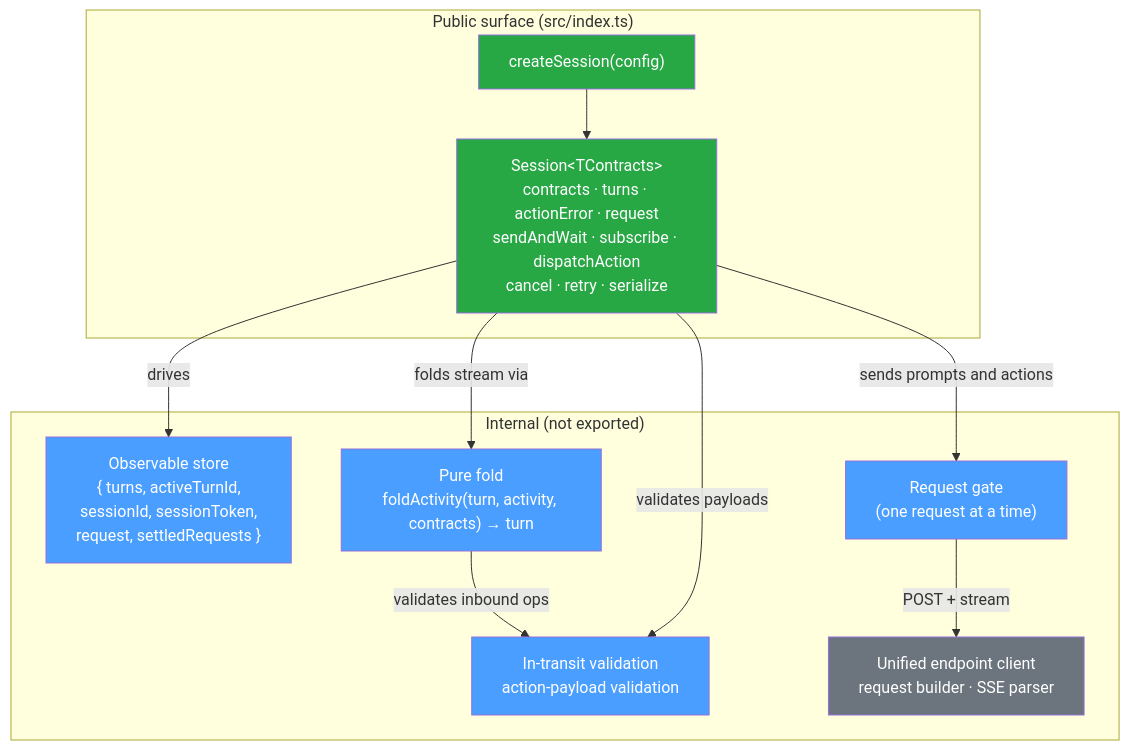
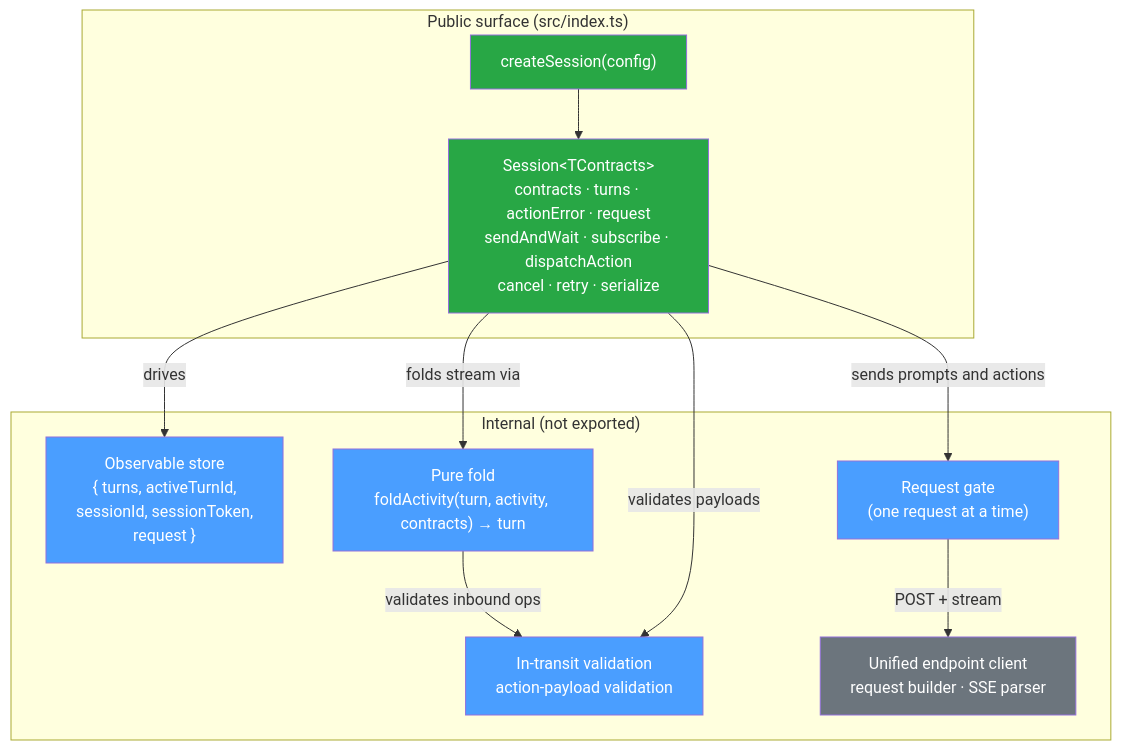
One commit to coveo/ui-kit changed the first of 2 diagrams in packages/thermidor/docs/architecture.md. Above: the diagram before and after it, drawn with Mermaid. The commit also changed other lines of this file and 4 other files, not shown here.

First line of the commit message:
refactor(thermidor): wait on the request in sendAndWait instead of a settled count j:KIT-6415

````diff
--- a/packages/thermidor/docs/architecture.md
+++ b/packages/thermidor/docs/architecture.md
@@ -17,31 +17,31 @@
 ```mermaid
 graph TB
     subgraph "Public surface (src/index.ts)"
         CS["createSession(config)"]
         SESSION["Session&lt;TContracts&gt;<br/>contracts · turns · actionError · request<br/>sendAndWait · subscribe · dispatchAction<br/>cancel · retry · serialize"]
     end
 
     subgraph "Internal (not exported)"
-        STORE["Observable store<br/>{ turns, activeTurnId,<br/>sessionId, sessionToken,<br/>request, settledRequests }"]
+        STORE["Observable store<br/>{ turns, activeTurnId,<br/>sessionId, sessionToken,<br/>request }"]
         FOLD["Pure fold<br/>foldActivity(turn, activity, contracts) → turn"]
         VALID["In-transit validation<br/>action-payload validation"]
         GATE["Request gate<br/>(one request at a time)"]
         API["Unified endpoint client<br/>request builder · SSE parser"]
     end
 
     CS --> SESSION
     SESSION -->|drives| STORE
     SESSION -->|folds stream via| FOLD
     FOLD -->|validates inbound ops| VALID
     SESSION -->|validates payloads| VALID
     SESSION -->|sends prompts and actions| GATE
     GATE -->|POST + stream| API
 
     style CS fill:#28a745,color:#fff
     style SESSION fill:#28a745,color:#fff
     style STORE fill:#4a9eff,color:#fff
     style FOLD fill:#4a9eff,color:#fff
     style VALID fill:#4a9eff,color:#fff
     style GATE fill:#4a9eff,color:#fff
     style API fill:#6c757d,color:#fff
 ```
````
